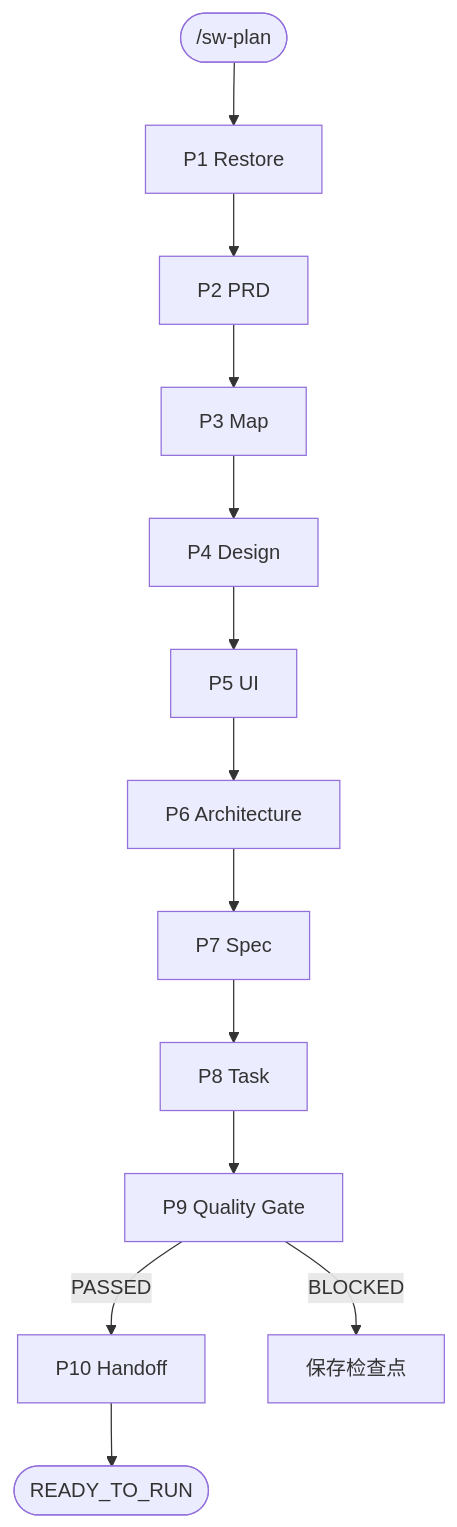
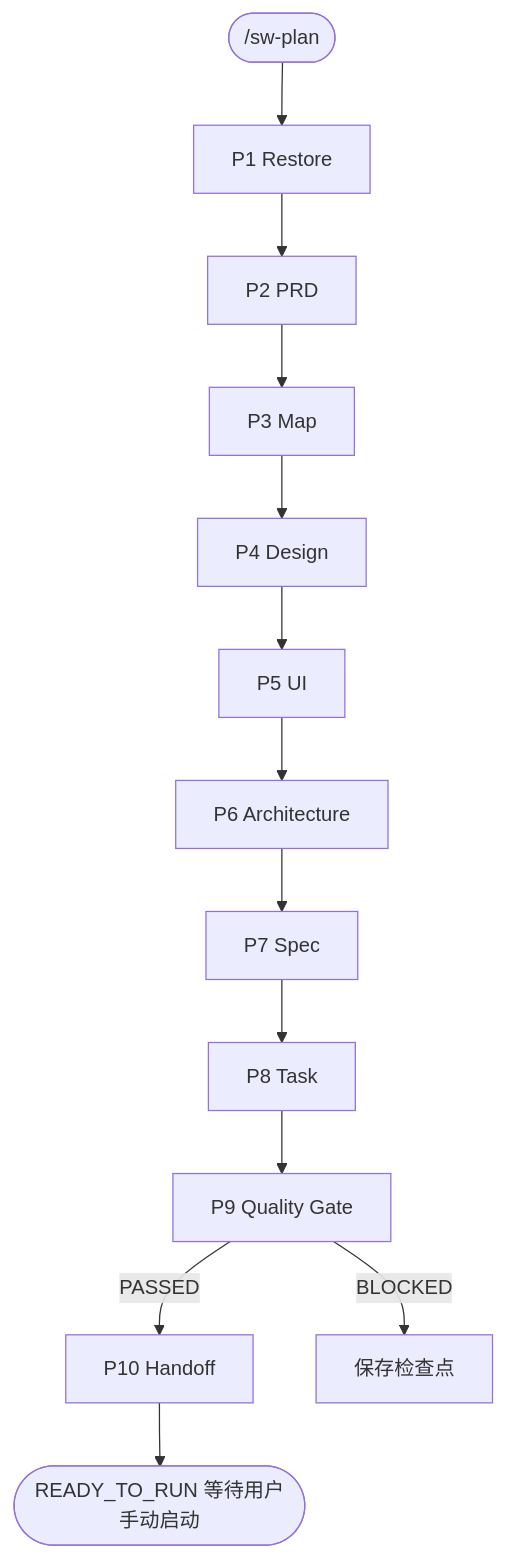
One commit to martinshao/sweetwave-claude-skills changed the diagram in skills/sw-plan/SKILL.md. Above: the diagram before and after it, drawn with Mermaid. The commit also changed other lines of this file and 6 other files, not shown here.

````diff
--- a/skills/sw-plan/SKILL.md
+++ b/skills/sw-plan/SKILL.md
@@ -88,15 +88,15 @@
 ```mermaid
 flowchart TD
   Start([/sw-plan]) --> P1[P1 Restore]
   P1 --> P2[P2 PRD]
   P2 --> P3[P3 Map]
   P3 --> P4[P4 Design]
   P4 --> P5[P5 UI]
   P5 --> P6[P6 Architecture]
   P6 --> P7[P7 Spec]
   P7 --> P8[P8 Task]
   P8 --> P9[P9 Quality Gate]
   P9 -->|PASSED| P10[P10 Handoff]
   P9 -->|BLOCKED| Pause[保存检查点]
-  P10 --> End([READY_TO_RUN])
+  P10 --> End([READY_TO_RUN 等待用户手动启动])
 ```
````
